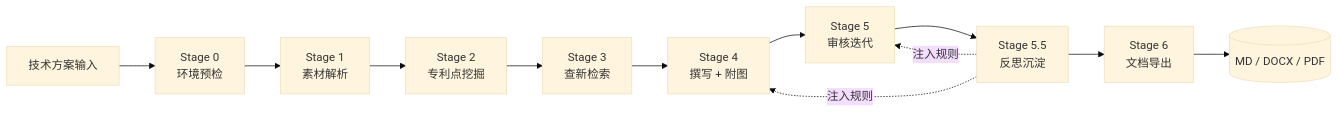
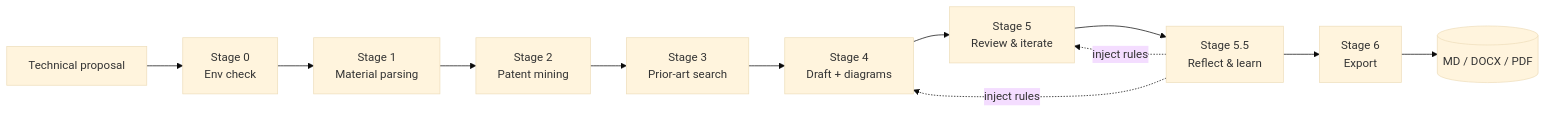
Before and after one commit to YangCazz/CazzPatent: the diagram in README.md, drawn with Mermaid (base theme). The commit also changed other lines of this file and 1 other file, not shown here.

````diff
--- a/README.md
+++ b/README.md
@@ -30,14 +32,14 @@
 ```mermaid
 flowchart LR
-    A[技术方案输入] --> B[Stage 0<br/>环境预检]
-    B --> C[Stage 1<br/>素材解析]
-    C --> D[Stage 2<br/>专利点挖掘]
-    D --> E[Stage 3<br/>查新检索]
-    E --> F[Stage 4<br/>撰写 + 附图]
-    F --> G[Stage 5<br/>审核迭代]
-    G --> H[Stage 5.5<br/>反思沉淀]
-    H --> I[Stage 6<br/>文档导出]
+    A[Technical proposal] --> B[Stage 0<br/>Env check]
+    B --> C[Stage 1<br/>Material parsing]
+    C --> D[Stage 2<br/>Patent mining]
+    D --> E[Stage 3<br/>Prior-art search]
+    E --> F[Stage 4<br/>Draft + diagrams]
+    F --> G[Stage 5<br/>Review & iterate]
+    G --> H[Stage 5.5<br/>Reflect & learn]
+    H --> I[Stage 6<br/>Export]
     I --> J[(MD / DOCX / PDF)]
-    H -. 注入规则 .-> F
-    H -. 注入规则 .-> G
+    H -. inject rules .-> F
+    H -. inject rules .-> G
 ```
````
